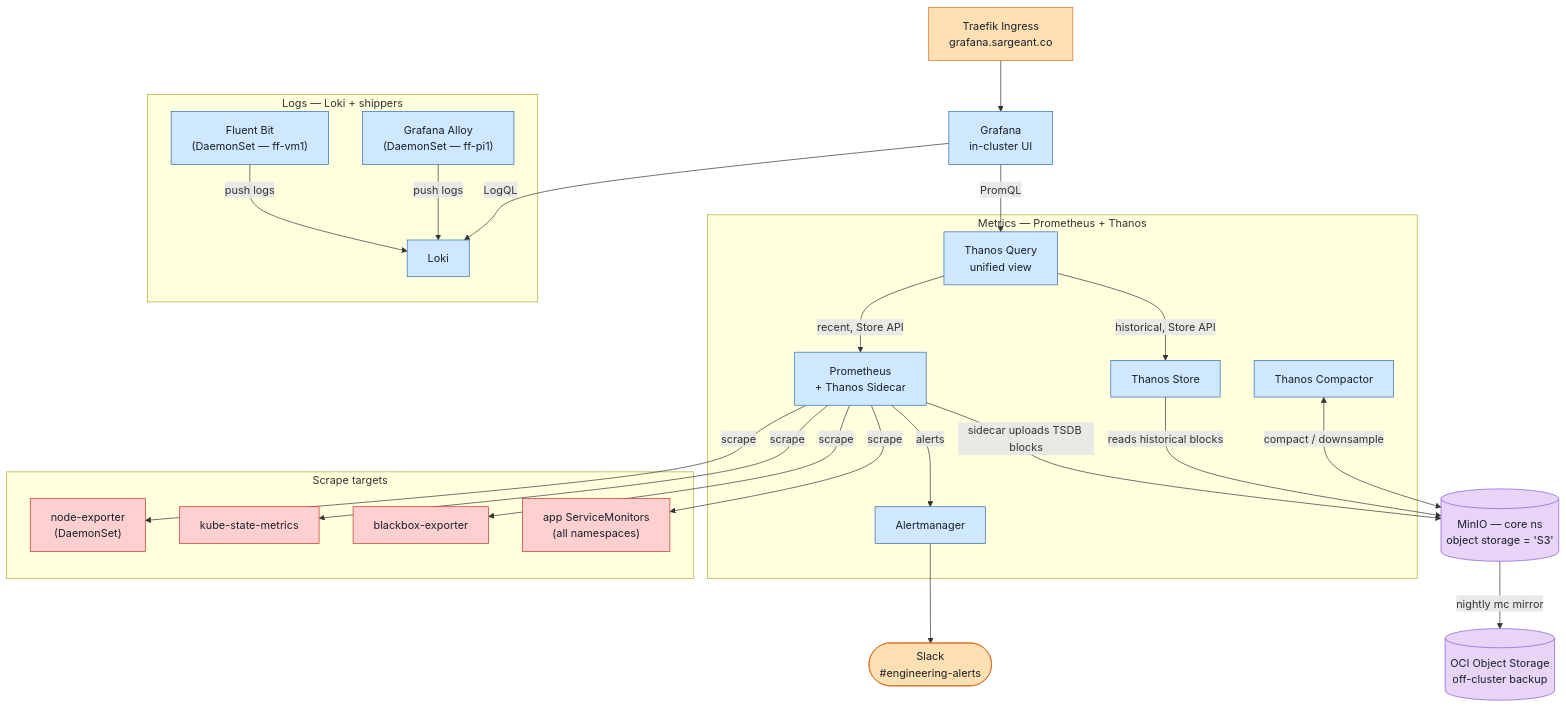
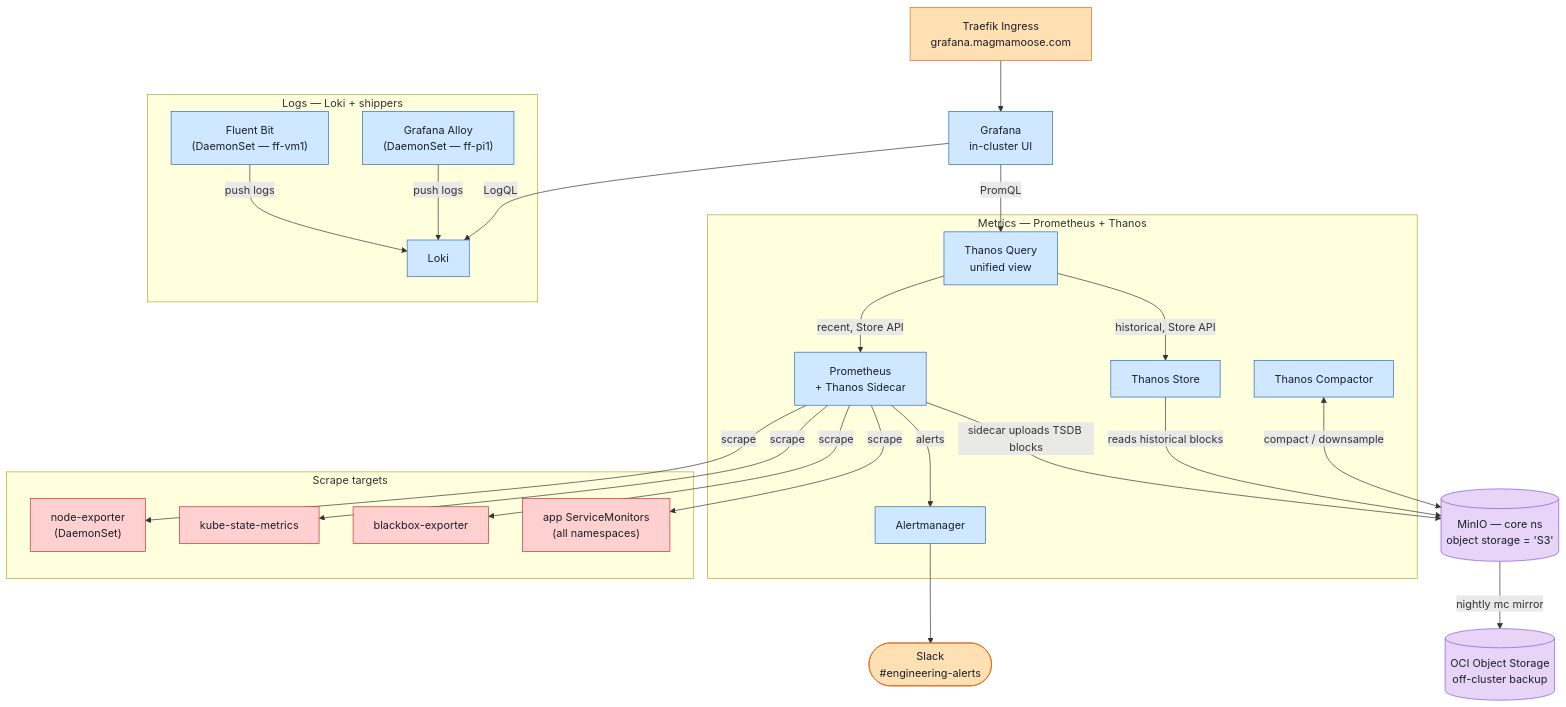
One commit to CalebSargeant/infra changed the diagram in docs/operations/observability-stack.md. Above: the diagram before and after it, drawn with Mermaid. The commit also changed other lines of this file and 3 other files, not shown here.

First line of the commit message:
feat(observability): move Grafana to magmamoose.com and improve Loki log viewing (#461)

````diff
--- a/docs/operations/observability-stack.md
+++ b/docs/operations/observability-stack.md
@@ -24,68 +24,68 @@
 ```mermaid
 flowchart TD
     %% ===== Access / UI =====
-    Traefik["Traefik Ingress<br/>grafana.sargeant.co"]
+    Traefik["Traefik Ingress<br/>grafana.magmamoose.com"]
     Slack(["Slack<br/>#engineering-alerts"])
     Grafana["Grafana<br/>in-cluster UI"]
 
     %% ===== Metrics: Prometheus + Thanos =====
     subgraph metrics["Metrics — Prometheus + Thanos"]
         TQ["Thanos Query<br/>unified view"]
         Prom["Prometheus<br/>+ Thanos Sidecar"]
         TStore["Thanos Store"]
         TCompact["Thanos Compactor"]
         AM["Alertmanager"]
     end
 
     %% ===== Scrape targets =====
     subgraph exporters["Scrape targets"]
         NodeExp["node-exporter<br/>(DaemonSet)"]
         KSM["kube-state-metrics"]
         Blackbox["blackbox-exporter"]
         AppSM["app ServiceMonitors<br/>(all namespaces)"]
     end
 
     %% ===== Logs =====
     subgraph logs["Logs — Loki + shippers"]
         Loki["Loki"]
         FB["Fluent Bit<br/>(DaemonSet — ff-vm1)"]
         Alloy["Grafana Alloy<br/>(DaemonSet — ff-pi1)"]
     end
 
     %% ===== Object storage + backup =====
     MinIO[("MinIO — core ns<br/>object storage = 'S3'")]
     OCI[("OCI Object Storage<br/>off-cluster backup")]
 
     %% ===== Flows =====
     Traefik --> Grafana
     Grafana -->|PromQL| TQ
     Grafana -->|LogQL| Loki
 
     TQ -->|recent, Store API| Prom
     TQ -->|historical, Store API| TStore
 
     Prom -->|scrape| NodeExp
     Prom -->|scrape| KSM
     Prom -->|scrape| Blackbox
     Prom -->|scrape| AppSM
     Prom -->|alerts| AM
     AM --> Slack
 
     Prom -->|sidecar uploads TSDB blocks| MinIO
     TStore -->|reads historical blocks| MinIO
     TCompact <-->|compact / downsample| MinIO
     MinIO -->|nightly mc mirror| OCI
 
     FB -->|push logs| Loki
     Alloy -->|push logs| Loki
 
     classDef pod fill:#cfe8ff,stroke:#2b6cb0,color:#1a202c;
     classDef store fill:#e7d4f7,stroke:#805ad5,color:#1a202c;
     classDef managed fill:#ffe0b3,stroke:#dd6b20,color:#1a202c;
     classDef exporter fill:#ffd0d0,stroke:#c53030,color:#1a202c;
 
     class Grafana,TQ,Prom,TStore,TCompact,AM,Loki,FB,Alloy pod;
     class NodeExp,KSM,Blackbox,AppSM exporter;
     class MinIO,OCI store;
     class Slack,Traefik managed;
 ```
````
